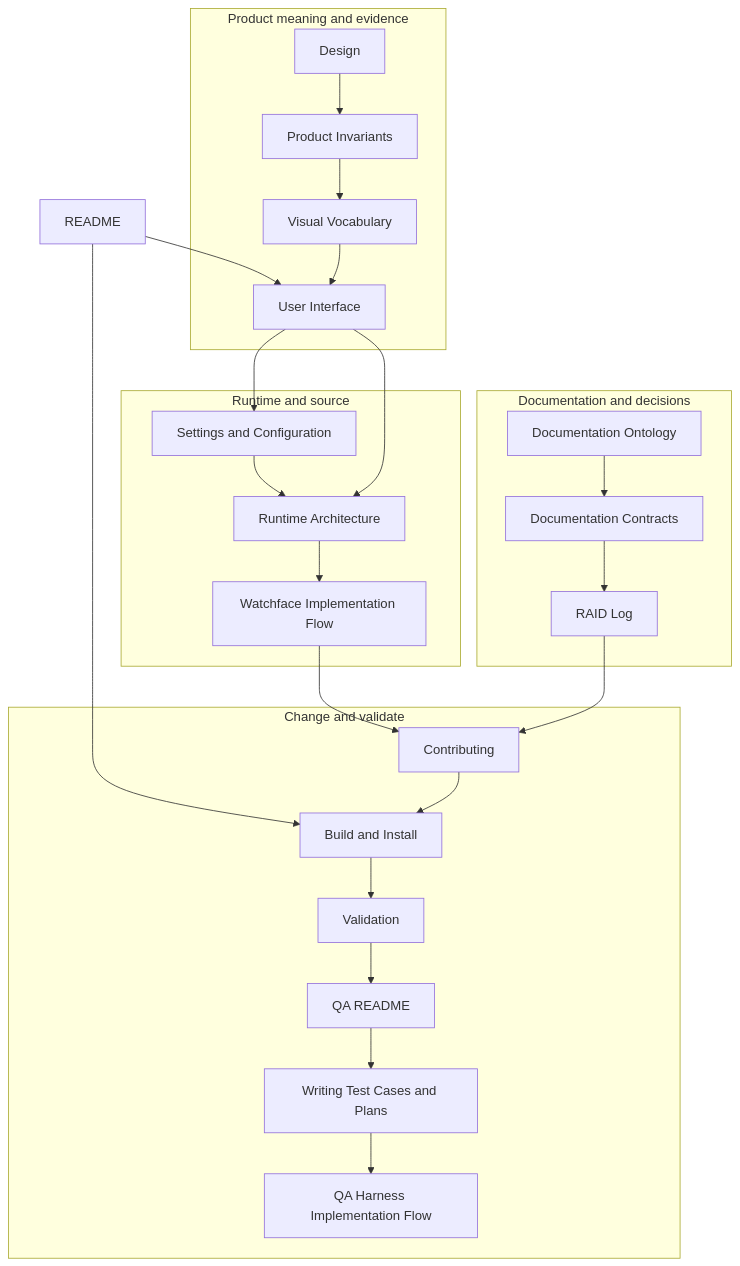
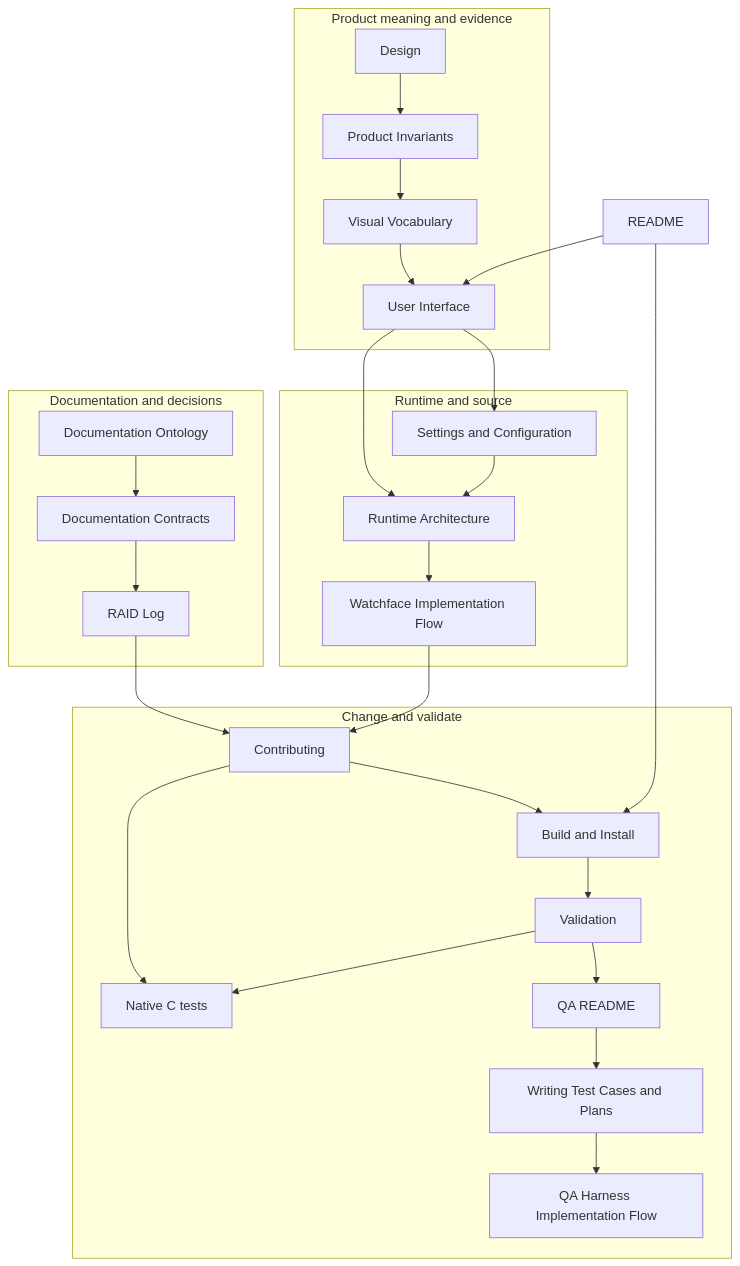
One commit to jhatax/at-a-glance changed the diagram in docs/DocumentationOntology.md. Above: the diagram before and after it, drawn with Mermaid. The commit also changed other lines of this file and 9 other files, not shown here.

````diff
--- a/docs/DocumentationOntology.md
+++ b/docs/DocumentationOntology.md
@@ -42,29 +43,31 @@
 ```mermaid
 flowchart TD
   entry["README"] --> ui
   entry --> build
 
   subgraph product["Product meaning and evidence"]
     design["Design"] --> invariants["Product Invariants"]
     invariants --> vocabulary["Visual Vocabulary"] --> ui["User Interface"]
   end
 
   subgraph implementation["Runtime and source"]
     runtime["Runtime Architecture"] --> source["Watchface Implementation Flow"]
     settings["Settings and Configuration"] --> runtime
   end
   ui --> runtime
   ui --> settings
 
   subgraph workflow["Change and validate"]
     contribute["Contributing"] --> build["Build and Install"] --> validate["Validation"]
+    validate --> native["Native C tests"]
+    contribute --> native
     validate --> qa["QA README"] --> plans["Writing Test Cases and Plans"]
     plans --> execution["QA Harness Implementation Flow"]
   end
   source --> contribute
 
   subgraph governance["Documentation and decisions"]
     ontology["Documentation Ontology"] --> contracts["Documentation Contracts"] --> raid["RAID Log"]
   end
   raid --> contribute
 ```
````
